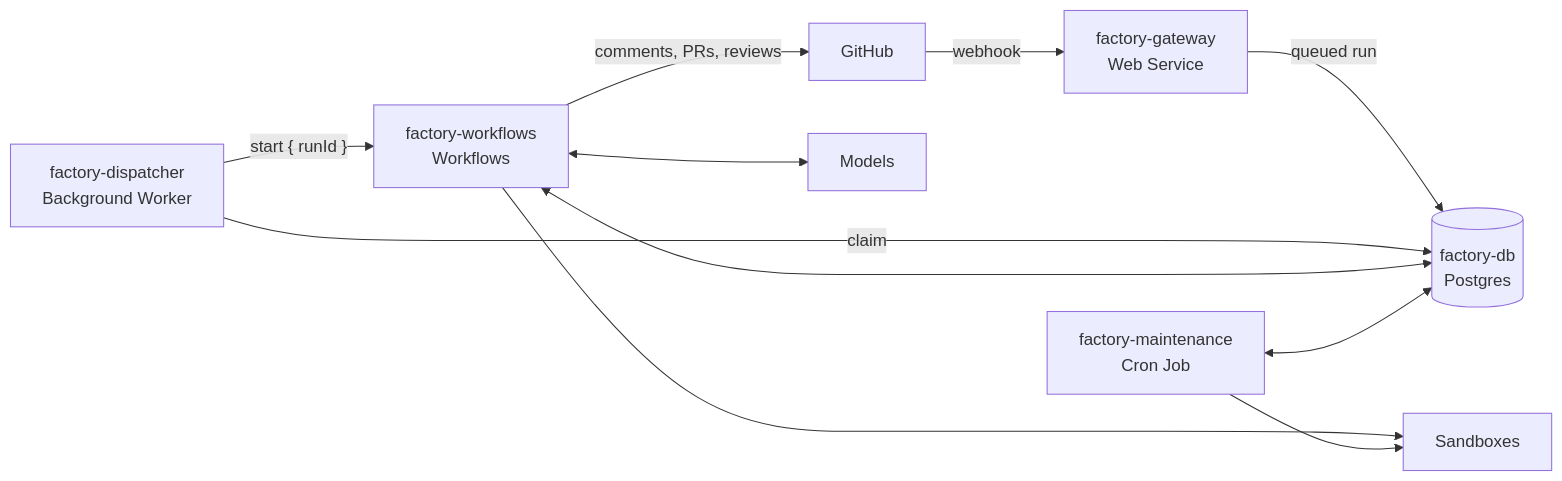
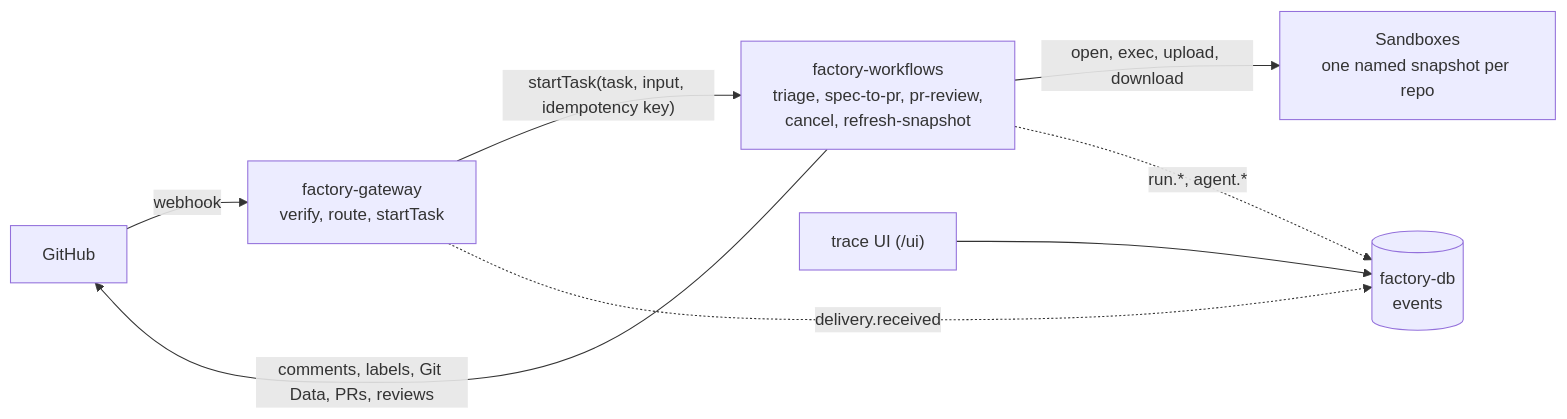
One commit to Ho1yShif/software-factory changed the diagram in docs/architecture.md. Above: the diagram before and after it, drawn with Mermaid. The commit also changed other lines of this file and 15 other files, not shown here.

````diff
--- a/docs/architecture.md
+++ b/docs/architecture.md
@@ -3,22 +5,10 @@
 ```mermaid
 flowchart LR
-  GitHub["GitHub"]
-  Gateway["factory-gateway<br/>Web Service"]
-  DB[("factory-db<br/>Postgres")]
-  Dispatcher["factory-dispatcher<br/>Background Worker"]
-  Workflows["factory-workflows<br/>Workflows"]
-  Maintenance["factory-maintenance<br/>Cron Job"]
-  Sandboxes["Sandboxes"]
-  Models["Models"]
-
-  GitHub -->|webhook| Gateway
-  Gateway -->|queued run| DB
-  Dispatcher -->|claim| DB
-  Dispatcher -->|"start { runId }"| Workflows
-  Workflows <--> DB
-  Workflows --> Sandboxes
-  Workflows <--> Models
-  Workflows -->|comments, PRs, reviews| GitHub
-  Maintenance --> Sandboxes
-  Maintenance <--> DB
+  GH[GitHub] -->|webhook| GW["factory-gateway<br/>verify, route, startTask"]
+  GW -->|"startTask(task, input, idempotency key)"| WF["factory-workflows<br/>triage, spec-to-pr, pr-review,<br/>cancel, refresh-snapshot"]
+  WF -->|"open, exec, upload, download"| SB["Sandboxes<br/>one named snapshot per repo"]
+  WF -->|"comments, labels, Git Data, PRs, reviews"| GH
+  GW -.->|delivery.received| DB[("factory-db<br/>events")]
+  WF -.->|"run.*, agent.*"| DB
+  UI["trace UI (/ui)"] --> DB
 ```
````
